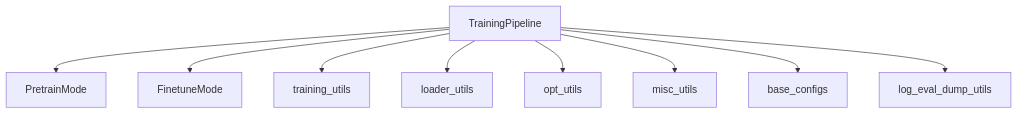
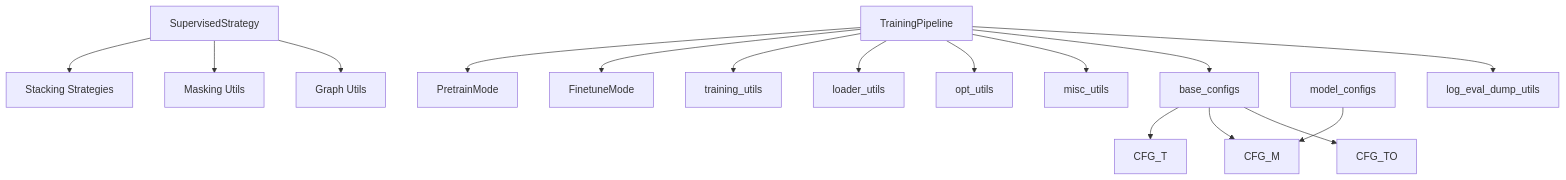
One commit to alibaba/graph-gpt changed the fourth of 4 diagrams in .qoder/repowiki/en/content/Training Pipeline/Unified Pipeline Orchestration.md. Above: the diagram before and after it, drawn with Mermaid. The commit also changed other lines of this file and 7 other files, not shown here.

Commit message:
update graph-lvl bash files

````diff
--- a/.qoder/repowiki/en/content/Training Pipeline/Unified Pipeline Orchestration.md
+++ b/.qoder/repowiki/en/content/Training Pipeline/Unified Pipeline Orchestration.md
@@ -370,20 +490,32 @@
 ```mermaid
 graph TB
 TP["TrainingPipeline"]
 PM["PretrainMode"]
 FM["FinetuneMode"]
+STS["SupervisedStrategy"]
+SS["Stacking Strategies"]
+MSK["Masking Utils"]
+NXU["Graph Utils"]
 TU["training_utils"]
 LU["loader_utils"]
 OU["opt_utils"]
 MU["misc_utils"]
 BC["base_configs"]
+MC["model_configs"]
 LEU["log_eval_dump_utils"]
 TP --> PM
 TP --> FM
 TP --> TU
 TP --> LU
 TP --> OU
 TP --> MU
 TP --> BC
 TP --> LEU
+STS --> SS
+STS --> MSK
+STS --> NXU
+MC --> CFG_M
+BC --> CFG_T
+BC --> CFG_M
+BC --> CFG_TO
 ```
````
